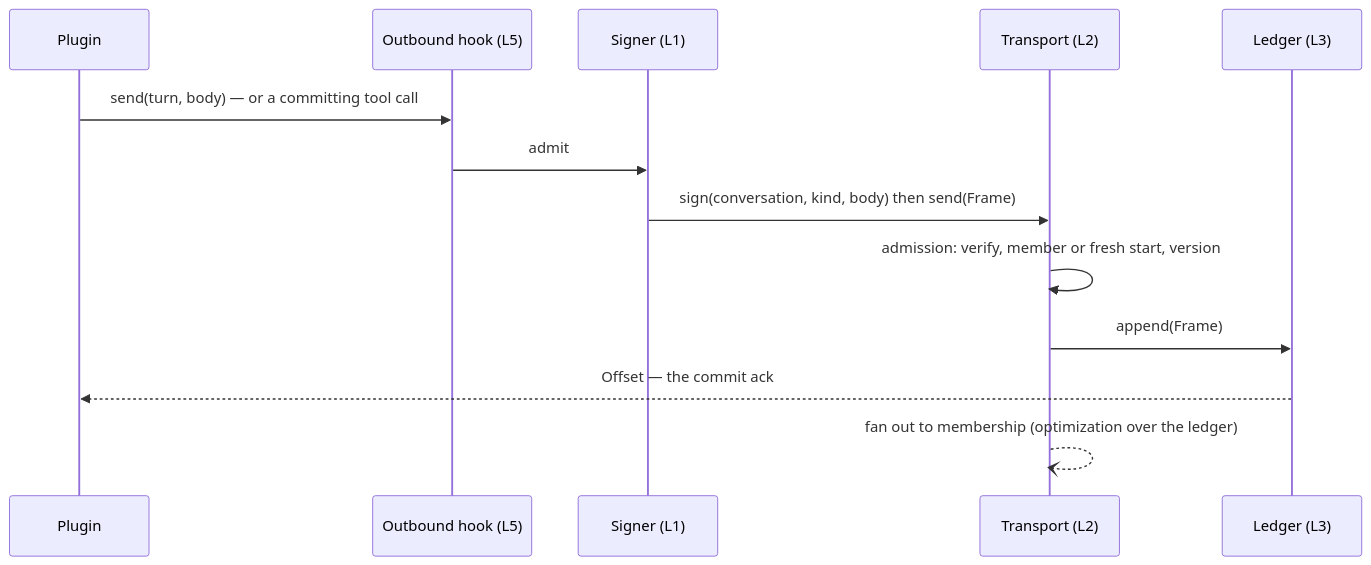
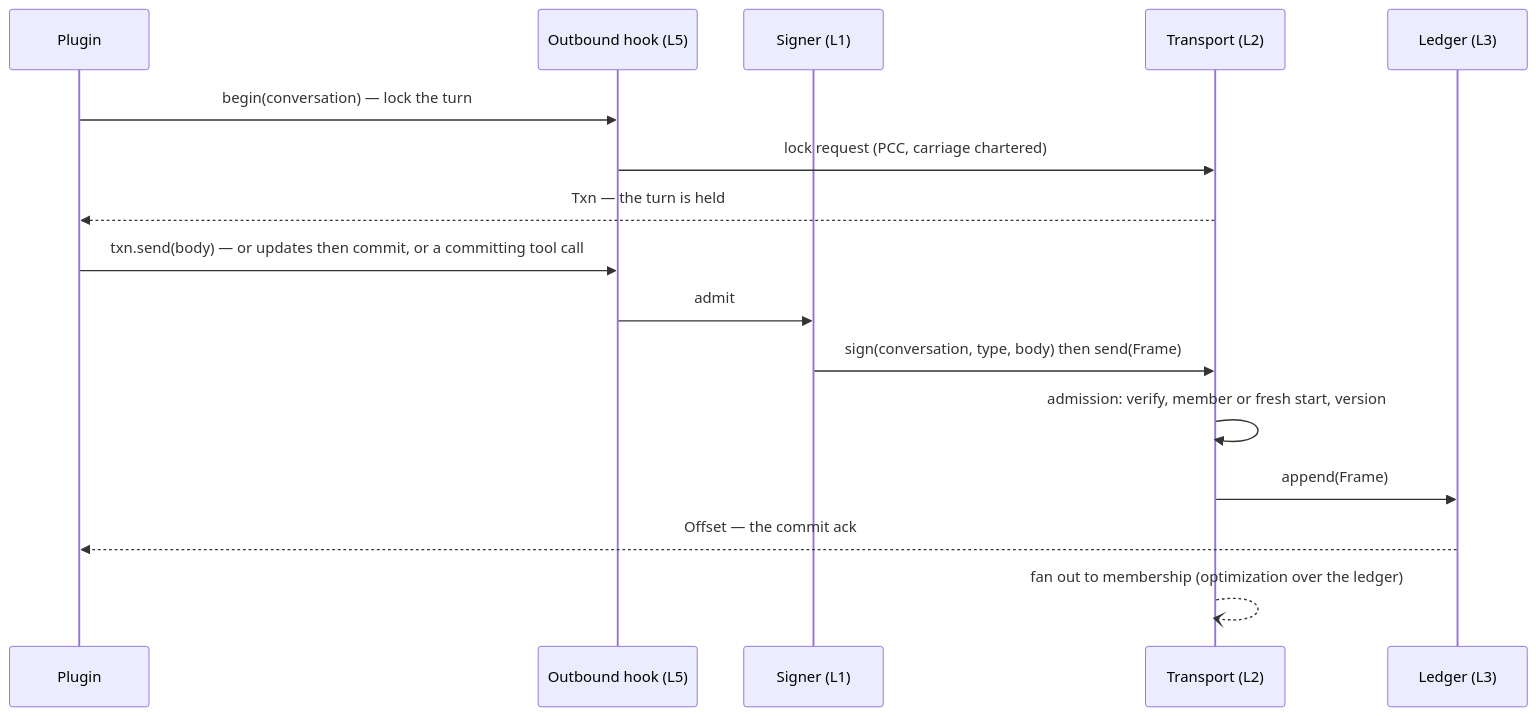
Before and after one commit to chughtapan/moltzap: the first of 3 diagrams in docs/spec/layer-interfaces.md, drawn with Mermaid. The commit also changed other lines of this file and 1 other file, not shown here.

First line of the commit message:
docs(v2): the transcript is a pessimistic database — begin locks the turn

````diff
--- a/docs/spec/layer-interfaces.md
+++ b/docs/spec/layer-interfaces.md
@@ -282,15 +297,18 @@
 ```mermaid
 sequenceDiagram
   participant P as Plugin
   participant H as Outbound hook (L5)
   participant S as Signer (L1)
   participant T as Transport (L2)
   participant L as Ledger (L3)
-  P->>H: send(turn, body) — or a committing tool call
+  P->>H: begin(conversation) — lock the turn
+  H->>T: lock request (PCC, carriage chartered)
+  T-->>P: Txn — the turn is held
+  P->>H: txn.send(body) — or updates then commit, or a committing tool call
   H->>S: admit
-  S->>T: sign(conversation, kind, body) then send(Frame)
+  S->>T: sign(conversation, type, body) then send(Frame)
   T->>T: admission: verify, member or fresh start, version
   T->>L: append(Frame)
   L-->>P: Offset — the commit ack
   T--)T: fan out to membership (optimization over the ledger)
 ```
````
